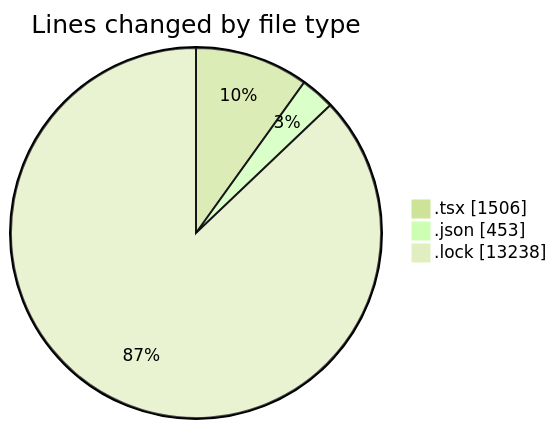
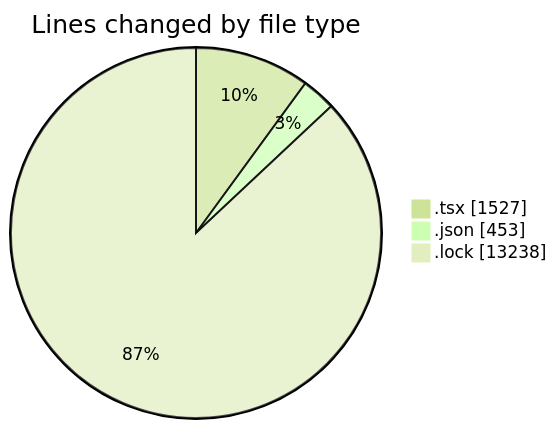
The first of 2 diagrams in 2026-01-09/cda/README.md (momahboobian/code-tracking), drawn with Mermaid (forest theme) before and after one commit. The commit also changed other lines of this file and 1 other file, not shown here.

````diff
--- a/2026-01-09/cda/README.md
+++ b/2026-01-09/cda/README.md
@@ -24,7 +24,7 @@
 ```mermaid
 pie showData
 title Lines changed by file type
-".tsx" : 1506
+".tsx" : 1527
 ".json" : 453
 ".lock" : 13238
 ```
````
